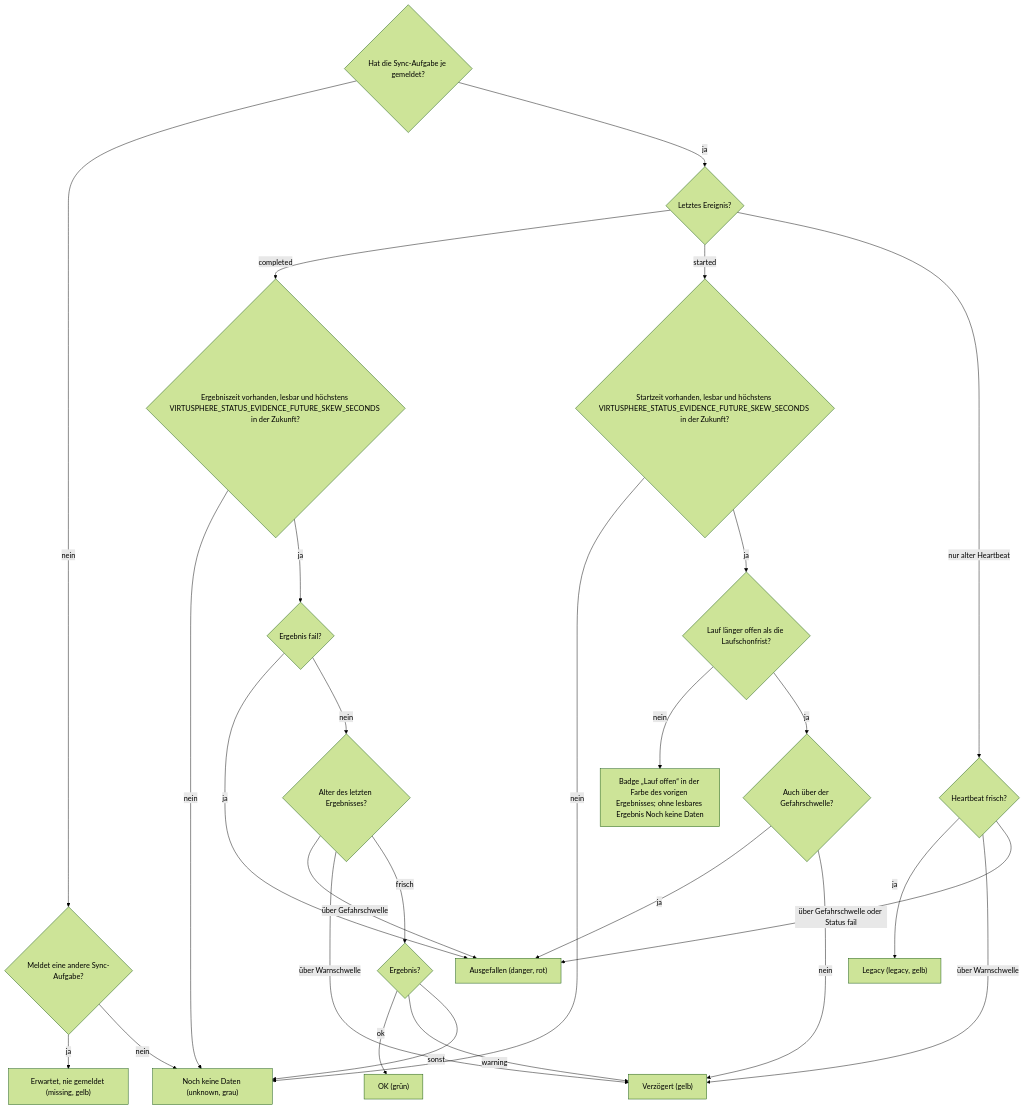
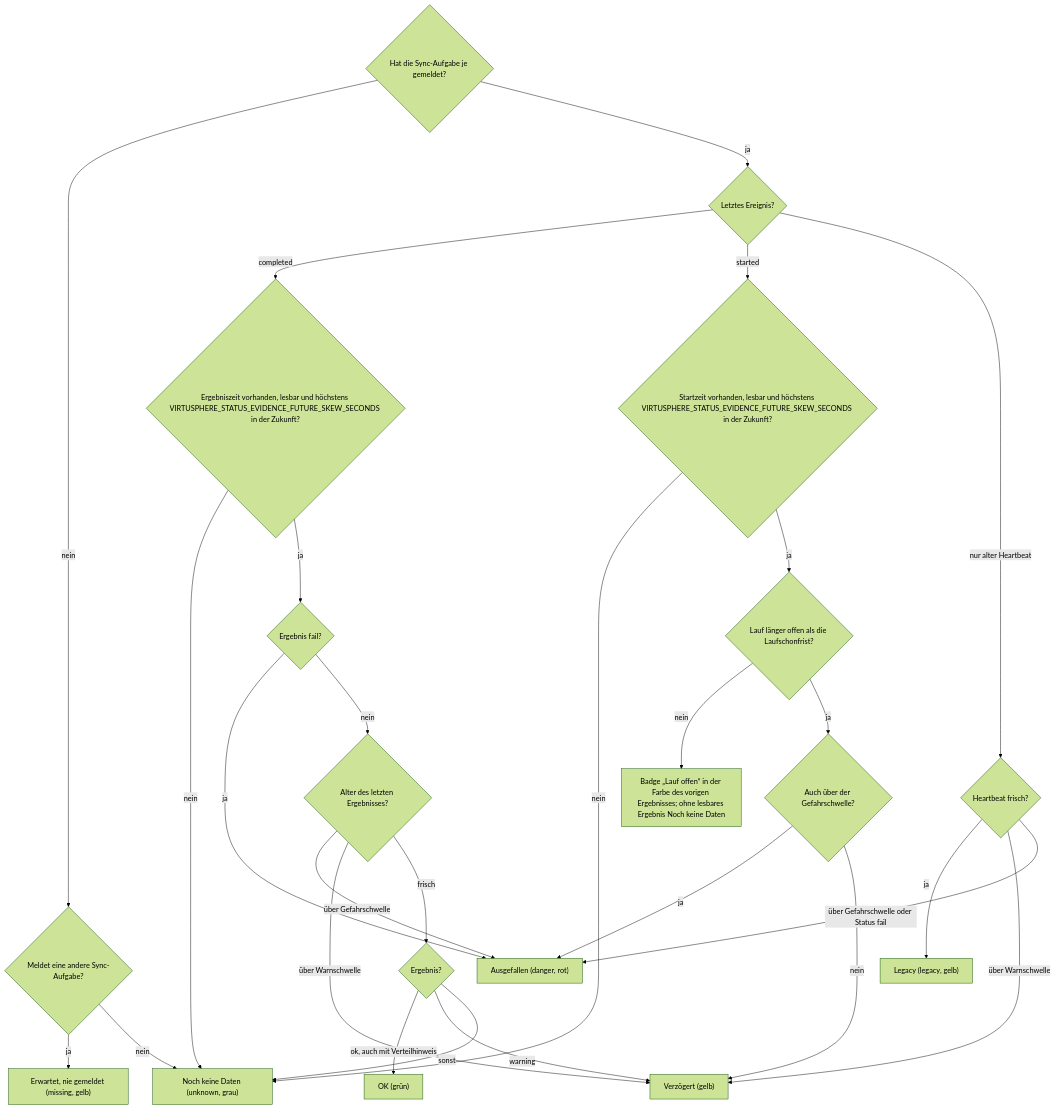
The second of 8 diagrams in docs/operations/system-status-checks.md (Samy94M/VirtuSphere-v2-WebApp), drawn with Mermaid (forest theme) before and after one commit. The commit also changed other lines of this file and 25 other files, not shown here.

````diff
--- a/docs/operations/system-status-checks.md
+++ b/docs/operations/system-status-checks.md
@@ -59,29 +59,29 @@
 ```mermaid
 flowchart TD
   A{"Hat die Sync-Aufgabe je gemeldet?"} -->|nein| A1{"Meldet eine andere Sync-Aufgabe?"}
   A1 -->|ja| MI["Erwartet, nie gemeldet (missing, gelb)"]
   A1 -->|nein| UK["Noch keine Daten (unknown, grau)"]
   A -->|ja| L{"Letztes Ereignis?"}
   L -->|completed| CT{"Ergebniszeit vorhanden, lesbar und höchstens VIRTUSPHERE_STATUS_EVIDENCE_FUTURE_SKEW_SECONDS in der Zukunft?"}
   CT -->|nein| UK
   CT -->|ja| CP{"Ergebnis fail?"}
   CP -->|ja| RD["Ausgefallen (danger, rot)"]
   CP -->|nein| CA{"Alter des letzten Ergebnisses?"}
   CA -->|über Gefahrschwelle| RD
   CA -->|über Warnschwelle| YL["Verzögert (gelb)"]
   CA -->|frisch| CO{"Ergebnis?"}
-  CO -->|ok| GR["OK (grün)"]
+  CO -->|ok, auch mit Verteilhinweis| GR["OK (grün)"]
   CO -->|warning| YL
   CO -->|sonst| UK
   L -->|started| SZ{"Startzeit vorhanden, lesbar und höchstens VIRTUSPHERE_STATUS_EVIDENCE_FUTURE_SKEW_SECONDS in der Zukunft?"}
   SZ -->|nein| UK
   SZ -->|ja| ST{"Lauf länger offen als die Laufschonfrist?"}
   ST -->|nein| SR["Badge „Lauf offen“ in der Farbe des vorigen Ergebnisses; ohne lesbares Ergebnis Noch keine Daten"]
   ST -->|ja| SD{"Auch über der Gefahrschwelle?"}
   SD -->|ja| RD
   SD -->|nein| YL
   L -->|nur alter Heartbeat| LG{"Heartbeat frisch?"}
   LG -->|ja| LE["Legacy (legacy, gelb)"]
   LG -->|über Warnschwelle| YL
   LG -->|über Gefahrschwelle oder Status fail| RD
 ```
````
